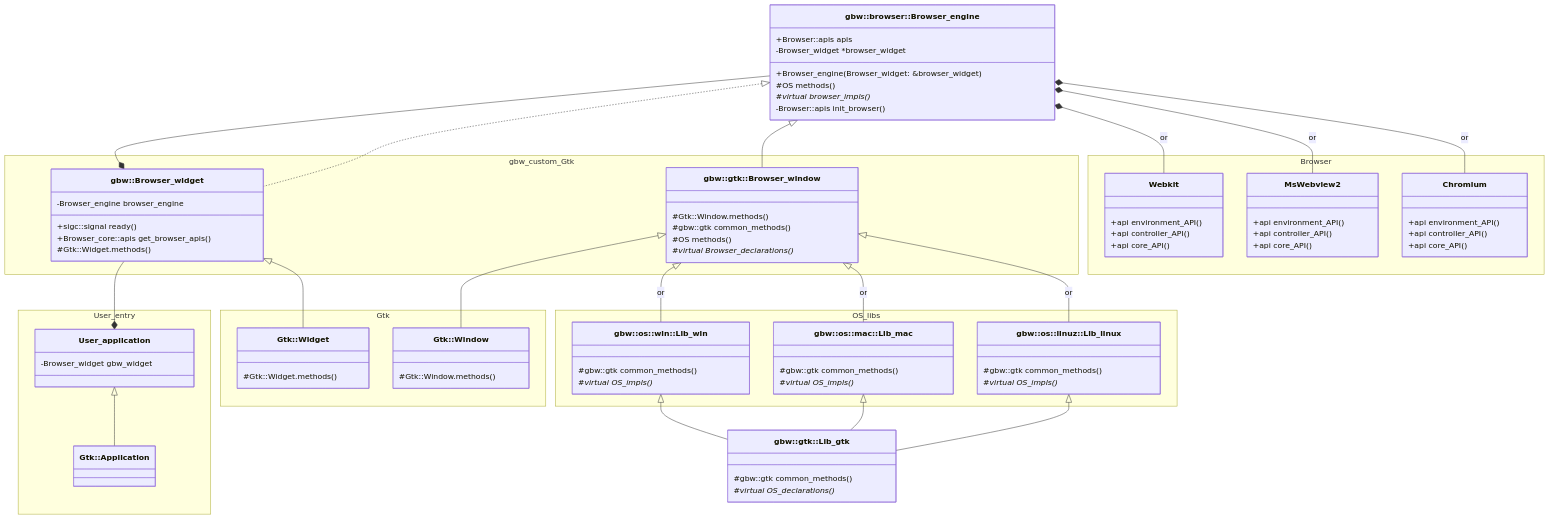
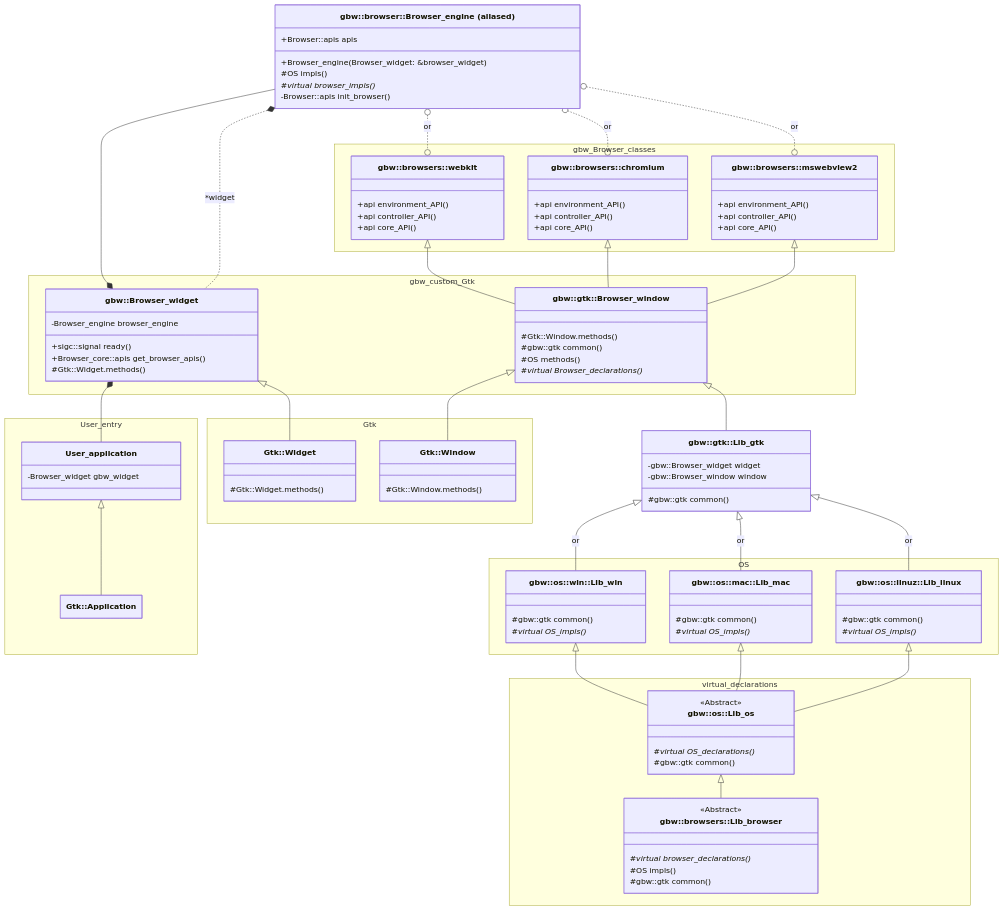
One commit to citkane/gtk-browser-widget changed the diagram in include/gtk/README.md. Above: the diagram before and after it, drawn with Mermaid.

Commit message:
Update class hierarchy diagram

````diff
--- a/include/gtk/README.md
+++ b/include/gtk/README.md
@@ -14,5 +14,64 @@
 ```mermaid
-classDiagram-v2
+---
+  config:
+    class:
+      hideEmptyMembersBox: true
+
+---
+
+classDiagram
+    classDef bgw fill:#f9f,stroke:#333,stroke-width:4px; 
+
+    Browser_widget *-- User_application
+    User_application <|-- Application
+
+    Browser_engine ()..() Webkit : or
+    Browser_engine ()..() Chromium : or
+    Browser_engine ()..() MsWebview2 : or
+    Browser_engine --* Browser_widget
+    Browser_engine *.. Browser_widget : *widget
+
+    Webkit <|-- Browser_window
+    Chromium <|-- Browser_window
+    MsWebview2 <|-- Browser_window
+    
+    Browser_widget <|-- Widget
+    Browser_window <|-- Window
+    
+    Browser_window <|-- Lib_gtk
+    Lib_gtk <|-- Lib_win : or
+    Lib_gtk <|-- Lib_mac : or
+    Lib_gtk <|-- Lib_linux : or
+    
+    Lib_win <|-- Lib_os
+    Lib_mac <|-- Lib_os
+    Lib_linux <|-- Lib_os
+    Lib_os <|-- Lib_browser
+    
+
+
+    namespace User_entry {
+      class Application["Gtk::Application"]
+      class User_application{
+        -Browser_widget gbw_widget
+      }
+    }
+    
+    namespace virtual_declarations {
+      class Lib_browser["gbw::browsers::Lib_browser"]:::gbw{
+        <<Abstract>> 
+        #virtual browser_declarations()*
+        #OS impls()
+        #gbw::gtk common()
+      } 
+      
+      class Lib_os["gbw::os::Lib_os"]{
+        <<Abstract>>
+        #virtual OS_declarations()*
+        #gbw::gtk common()
+      }
+    }
+
     namespace gbw_custom_Gtk {
       class Browser_widget["gbw::Browser_widget"]{
           +sigc::signal ready()
@@ -23,40 +82,29 @@
 
       class Browser_window["gbw::gtk::Browser_window"]{
         #Gtk::Window.methods()
-        #gbw::gtk common_methods()
+        #gbw::gtk common()
         #OS methods()
         #virtual Browser_declarations()*
       }
     }
 
-    class Browser_engine["gbw::browser::Browser_engine"]{
-        +Browser_engine(Browser_widget: &browser_widget)
-        +Browser::apis apis
-
-        #OS methods()
-        #virtual browser_impls()*
-        
-        -Browser::apis init_browser()
-        -Browser_widget *browser_widget
-        
+    class Lib_gtk["gbw::gtk::Lib_gtk"]{
+      -gbw::Browser_widget widget
+      -gbw::Browser_window window
+      #gbw::gtk common()
     }
 
-    class Lib_gtk["gbw::gtk::Lib_gtk"]{
-      #gbw::gtk common_methods()
-      #virtual OS_declarations()*
-    }
-
-    namespace OS_libs {
+    namespace OS {
       class Lib_mac["gbw::os::mac::Lib_mac"]{
-        #gbw::gtk common_methods()
+        #gbw::gtk common()
         #virtual OS_impls()*
       }
       class Lib_win["gbw::os::win::Lib_win"]{
-        #gbw::gtk common_methods()
+        #gbw::gtk common()
         #virtual OS_impls()*
       }
       class Lib_linux["gbw::os::linuz::Lib_linux"]{
-        #gbw::gtk common_methods()
+        #gbw::gtk common()
         #virtual OS_impls()*
       }
     }
@@ -71,52 +119,34 @@
     }
 
 
-    namespace User_entry {
-      class Application["Gtk::Application"]
-      class User_application{
-        -Browser_widget gbw_widget
-      }
+    class Browser_engine["gbw::browser::Browser_engine (aliased)"]{
+        +Browser_engine(Browser_widget: &browser_widget)
+        +Browser::apis apis
+
+        #OS impls()
+        #virtual browser_impls()*
+        
+        -Browser::apis init_browser()
+        
     }
-  
- namespace Browser {
-    class Webkit {
-      +api environment_API()
-      +api controller_API()
-      +api core_API()
+
+    namespace gbw_Browser_classes {
+          class Webkit["gbw::browsers::webkit"] {
+          +api environment_API()
+          +api controller_API()
+          +api core_API()
+        }
+        class MsWebview2["gbw::browsers::mswebview2"] {
+          +api environment_API()
+          +api controller_API()
+          +api core_API()
+        }
+        class Chromium["gbw::browsers::chromium"] {
+          +api environment_API()
+          +api controller_API()
+          +api core_API()
+        }
     }
-    class MsWebview2 {
-      +api environment_API()
-      +api controller_API()
-      +api core_API()
-    }
-    class Chromium {
-      +api environment_API()
-      +api controller_API()
-      +api core_API()
-    }
- }
 
-    Browser_engine <|-- Browser_window
-    Browser_engine *-- Webkit : or
-    Browser_engine *-- Chromium : or
-    Browser_engine *-- MsWebview2 : or
-    Browser_engine --* Browser_widget
-
-    Browser_widget --* User_application
-    Browser_widget <|-- Widget
-
-    User_application <|-- Application
-
-    Browser_window <|-- Window
-
-    Browser_engine <|.. Browser_widget
-
-    Browser_window <|-- Lib_win : or
-    Browser_window <|-- Lib_mac : or
-    Browser_window <|-- Lib_linux : or
-
-    Lib_win <|-- Lib_gtk
-    Lib_mac <|-- Lib_gtk
-    Lib_linux <|-- Lib_gtk
     
 ```
````
